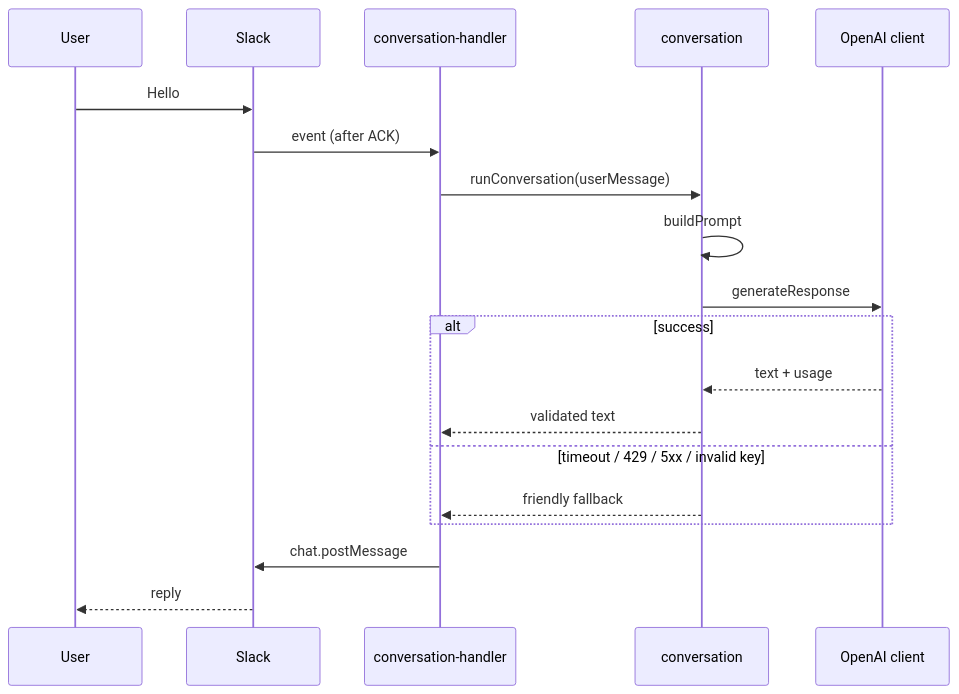
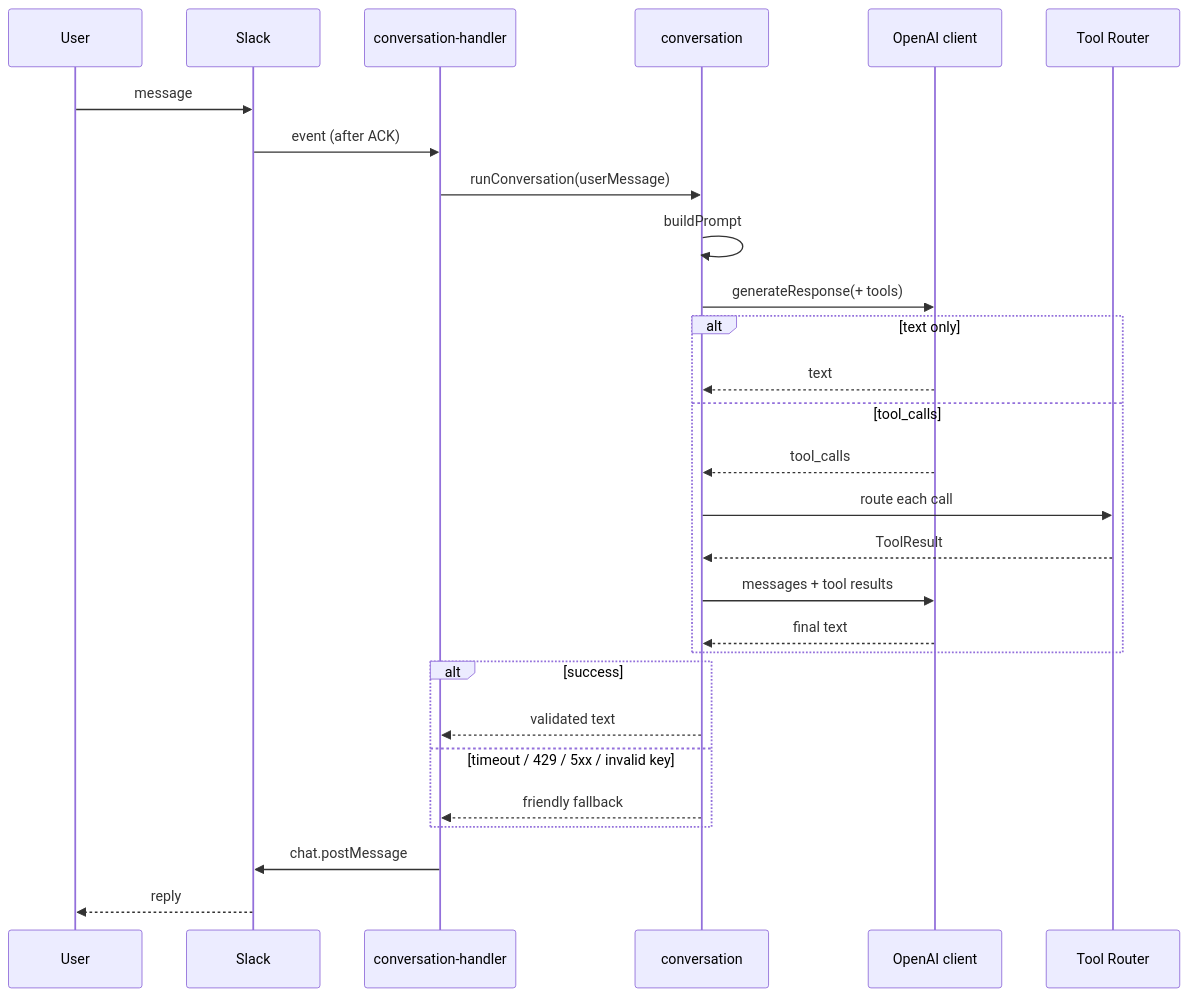
The diagram in doc/features/ai/features/AI Request Lifecycle.md (shopstack-asia/shopstack-timesheet), drawn with Mermaid before and after one commit. The commit also changed other lines of this file and 27 other files, not shown here.

````diff
--- a/doc/features/ai/features/AI Request Lifecycle.md
+++ b/doc/features/ai/features/AI Request Lifecycle.md
@@ -5,22 +5,31 @@
 ```mermaid
 sequenceDiagram
   participant U as User
   participant S as Slack
   participant H as conversation-handler
   participant C as conversation
   participant O as OpenAI client
+  participant T as Tool Router
 
-  U->>S: Hello
+  U->>S: message
   S->>H: event (after ACK)
   H->>C: runConversation(userMessage)
   C->>C: buildPrompt
-  C->>O: generateResponse
+  C->>O: generateResponse(+ tools)
+  alt text only
+    O-->>C: text
+  else tool_calls
+    O-->>C: tool_calls
+    C->>T: route each call
+    T-->>C: ToolResult
+    C->>O: messages + tool results
+    O-->>C: final text
+  end
   alt success
-    O-->>C: text + usage
     C-->>H: validated text
   else timeout / 429 / 5xx / invalid key
     C-->>H: friendly fallback
   end
   H->>S: chat.postMessage
   S-->>U: reply
 ```
````
